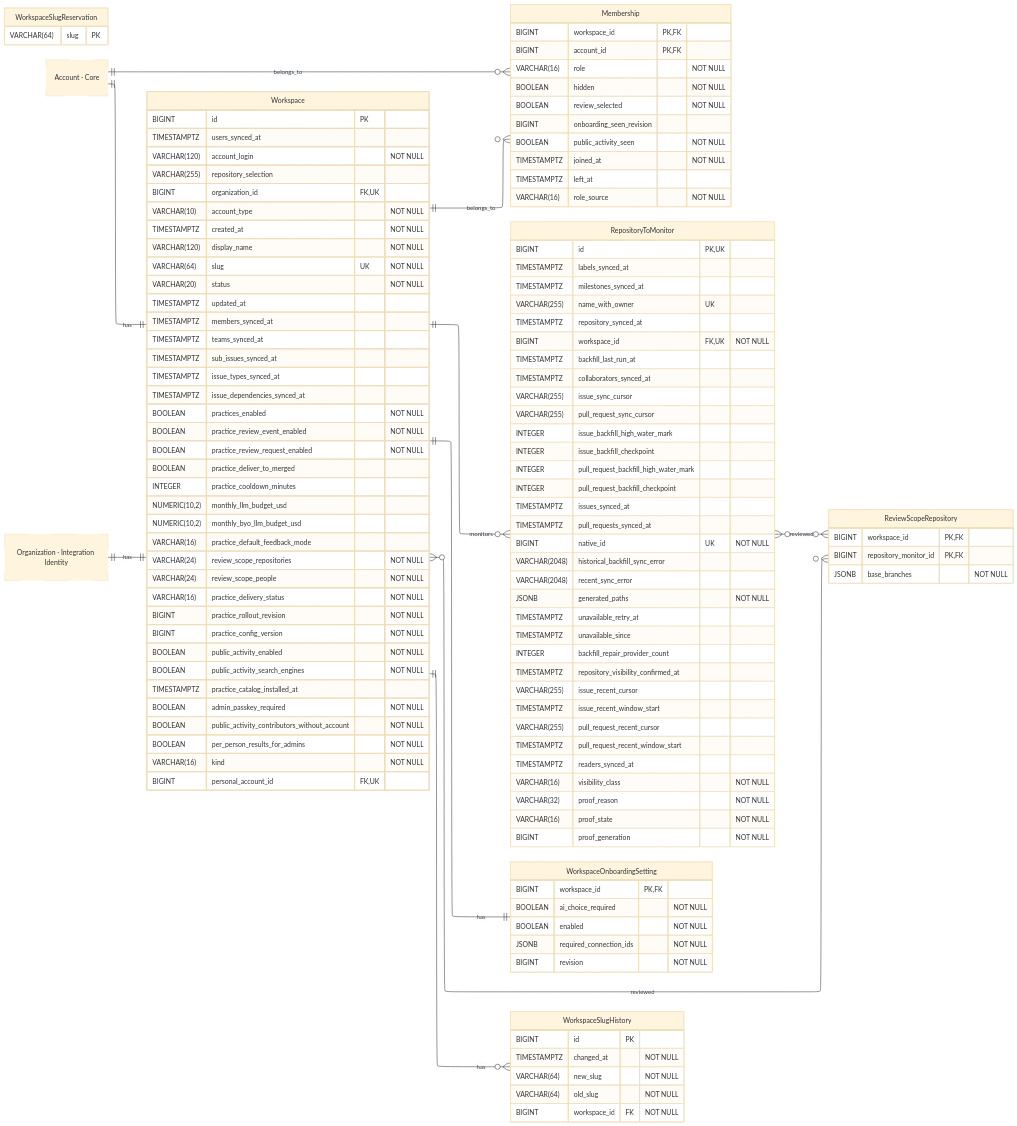
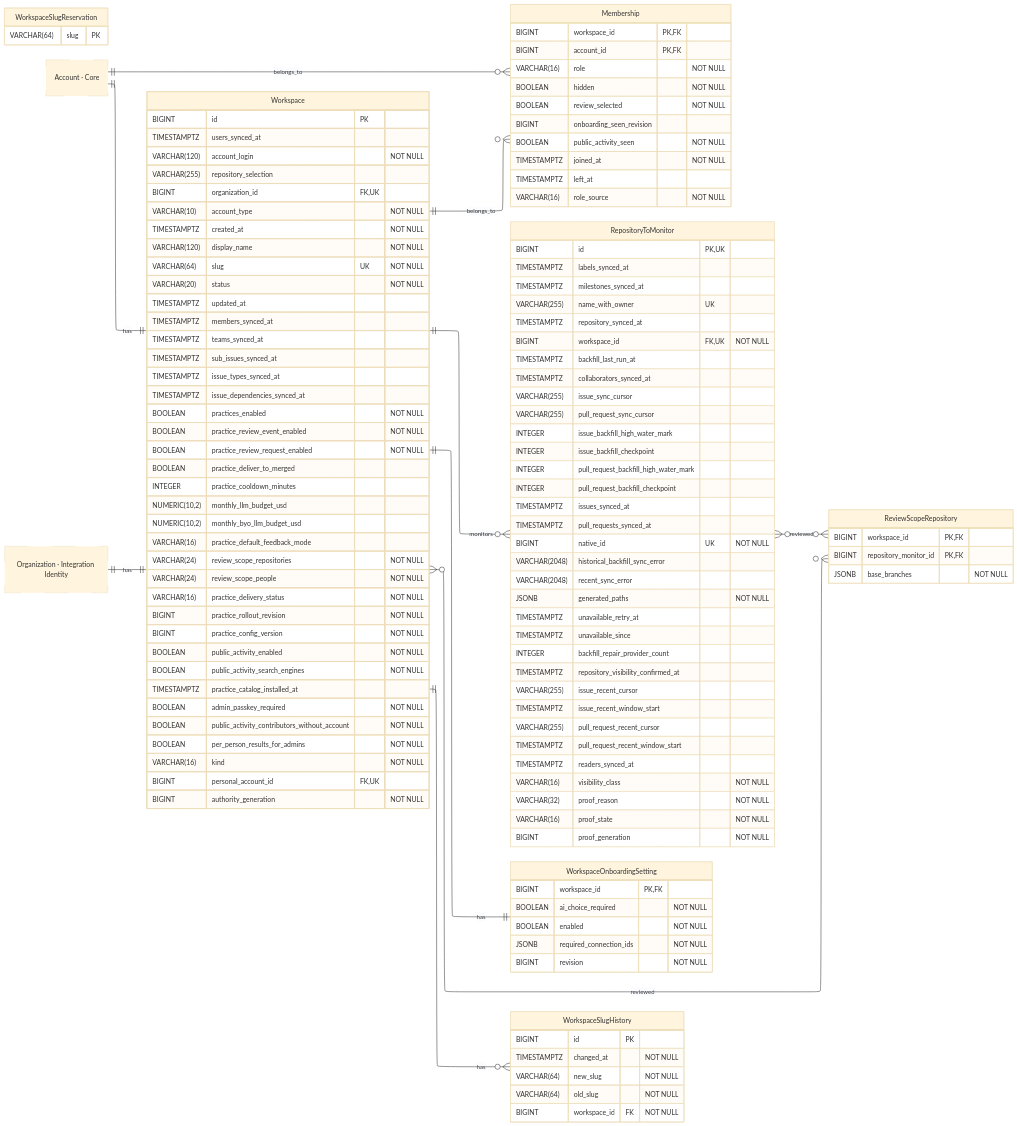
Before and after one commit to hephaestus-build/Hephaestus: the diagram in docs/contributor/erd/workspace.mmd, drawn with Mermaid (base theme). The commit also changed 102 other files, not shown here.

```diff
--- a/docs/contributor/erd/workspace.mmd
+++ b/docs/contributor/erd/workspace.mmd
@@ -1,155 +1,156 @@
 ---
 config:
     layout: elk
 ---
 erDiagram
     %% Generated automatically from PostgreSQL database schema
     %% using scripts/generate-mermaid-erd.ts
     %% To regenerate: vp run db:generate-erd-docs
 
     direction LR
 
     Membership {
         BIGINT workspace_id PK,FK
         BIGINT account_id PK,FK
         VARCHAR(16) role "NOT NULL"
         BOOLEAN hidden "NOT NULL"
         BOOLEAN review_selected "NOT NULL"
         BIGINT onboarding_seen_revision
         BOOLEAN public_activity_seen "NOT NULL"
         TIMESTAMPTZ joined_at "NOT NULL"
         TIMESTAMPTZ left_at
         VARCHAR(16) role_source "NOT NULL"
     }
 
     RepositoryToMonitor {
         BIGINT id PK,UK
         TIMESTAMPTZ labels_synced_at
         TIMESTAMPTZ milestones_synced_at
         VARCHAR(255) name_with_owner UK
         TIMESTAMPTZ repository_synced_at
         BIGINT workspace_id FK,UK "NOT NULL"
         TIMESTAMPTZ backfill_last_run_at
         TIMESTAMPTZ collaborators_synced_at
         VARCHAR(255) issue_sync_cursor
         VARCHAR(255) pull_request_sync_cursor
         INTEGER issue_backfill_high_water_mark
         INTEGER issue_backfill_checkpoint
         INTEGER pull_request_backfill_high_water_mark
         INTEGER pull_request_backfill_checkpoint
         TIMESTAMPTZ issues_synced_at
         TIMESTAMPTZ pull_requests_synced_at
         BIGINT native_id UK "NOT NULL"
         VARCHAR(2048) historical_backfill_sync_error
         VARCHAR(2048) recent_sync_error
         JSONB generated_paths "NOT NULL"
         TIMESTAMPTZ unavailable_retry_at
         TIMESTAMPTZ unavailable_since
         INTEGER backfill_repair_provider_count
         TIMESTAMPTZ repository_visibility_confirmed_at
         VARCHAR(255) issue_recent_cursor
         TIMESTAMPTZ issue_recent_window_start
         VARCHAR(255) pull_request_recent_cursor
         TIMESTAMPTZ pull_request_recent_window_start
         TIMESTAMPTZ readers_synced_at
         VARCHAR(16) visibility_class "NOT NULL"
         VARCHAR(32) proof_reason "NOT NULL"
         VARCHAR(16) proof_state "NOT NULL"
         BIGINT proof_generation "NOT NULL"
     }
 
     ReviewScopeRepository {
         BIGINT workspace_id PK,FK
         BIGINT repository_monitor_id PK,FK
         JSONB base_branches "NOT NULL"
     }
 
     Workspace {
         BIGINT id PK
         TIMESTAMPTZ users_synced_at
         VARCHAR(120) account_login "NOT NULL"
         VARCHAR(255) repository_selection
         BIGINT organization_id FK,UK
         VARCHAR(10) account_type "NOT NULL"
         TIMESTAMPTZ created_at "NOT NULL"
         VARCHAR(120) display_name "NOT NULL"
         VARCHAR(64) slug UK "NOT NULL"
         VARCHAR(20) status "NOT NULL"
         TIMESTAMPTZ updated_at
         TIMESTAMPTZ members_synced_at
         TIMESTAMPTZ teams_synced_at
         TIMESTAMPTZ sub_issues_synced_at
         TIMESTAMPTZ issue_types_synced_at
         TIMESTAMPTZ issue_dependencies_synced_at
         BOOLEAN practices_enabled "NOT NULL"
         BOOLEAN practice_review_event_enabled "NOT NULL"
         BOOLEAN practice_review_request_enabled "NOT NULL"
         BOOLEAN practice_deliver_to_merged
         INTEGER practice_cooldown_minutes
         NUMERIC(10,2) monthly_llm_budget_usd
         NUMERIC(10,2) monthly_byo_llm_budget_usd
         VARCHAR(16) practice_default_feedback_mode
         VARCHAR(24) review_scope_repositories "NOT NULL"
         VARCHAR(24) review_scope_people "NOT NULL"
         VARCHAR(16) practice_delivery_status "NOT NULL"
         BIGINT practice_rollout_revision "NOT NULL"
         BIGINT practice_config_version "NOT NULL"
         BOOLEAN public_activity_enabled "NOT NULL"
         BOOLEAN public_activity_search_engines "NOT NULL"
         TIMESTAMPTZ practice_catalog_installed_at
         BOOLEAN admin_passkey_required "NOT NULL"
         BOOLEAN public_activity_contributors_without_account "NOT NULL"
         BOOLEAN per_person_results_for_admins "NOT NULL"
         VARCHAR(16) kind "NOT NULL"
         BIGINT personal_account_id FK,UK
+        BIGINT authority_generation "NOT NULL"
     }
 
     WorkspaceOnboardingSetting {
         BIGINT workspace_id PK,FK
         BOOLEAN ai_choice_required "NOT NULL"
         BOOLEAN enabled "NOT NULL"
         JSONB required_connection_ids "NOT NULL"
         BIGINT revision "NOT NULL"
     }
 
     WorkspaceSlugHistory {
         BIGINT id PK
         TIMESTAMPTZ changed_at "NOT NULL"
         VARCHAR(64) new_slug "NOT NULL"
         VARCHAR(64) old_slug "NOT NULL"
         BIGINT workspace_id FK "NOT NULL"
     }
 
     WorkspaceSlugReservation {
         VARCHAR(64) slug PK
     }
 
     Account["Account · Core"]
     Organization["Organization · Integration Identity"]
 
     %% Relationships
     %% One-to-One relationships
     Organization ||--|| Workspace : has
     Account ||--|| Workspace : has
     Workspace ||--|| WorkspaceOnboardingSetting : has
 
     %% One-to-Many relationships
     Account ||--o{ Membership : belongs_to
     Workspace ||--o{ Membership : belongs_to
     Workspace ||--o{ RepositoryToMonitor : monitors
     Workspace ||--o{ WorkspaceSlugHistory : has
 
     %% Many-to-Many relationships
     RepositoryToMonitor }o--o{ ReviewScopeRepository : reviewed
     Workspace }o--o{ ReviewScopeRepository : reviewed
 
     %% Styling
     classDef primaryEntity stroke-width:2px
     classDef associationEntity stroke-width:1px
     classDef metadataEntity stroke-width:1px
     classDef referenceEntity stroke-dasharray:5 5
 
     class Account referenceEntity
     class Organization referenceEntity
     class RepositoryToMonitor metadataEntity
     class Workspace primaryEntity
```
